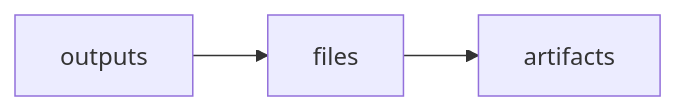
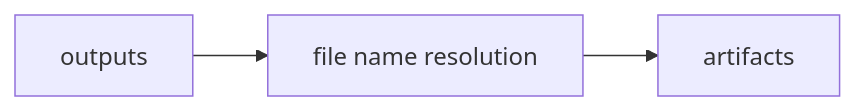
The tenth of 18 diagrams in docs/overview/flowcharts.md (simplymathematics/deckard), drawn with Mermaid before and after one commit. The commit also changed other lines of this file and 28 other files, not shown here.

````diff
--- a/docs/overview/flowcharts.md
+++ b/docs/overview/flowcharts.md
@@ -180,5 +177,5 @@
 ```mermaid
 flowchart LR
-  A[outputs]:::files --> B[files]:::files
+  A[outputs]:::files --> B[file name resolution]:::files
   B --> C[artifacts]:::files
 ```
````
